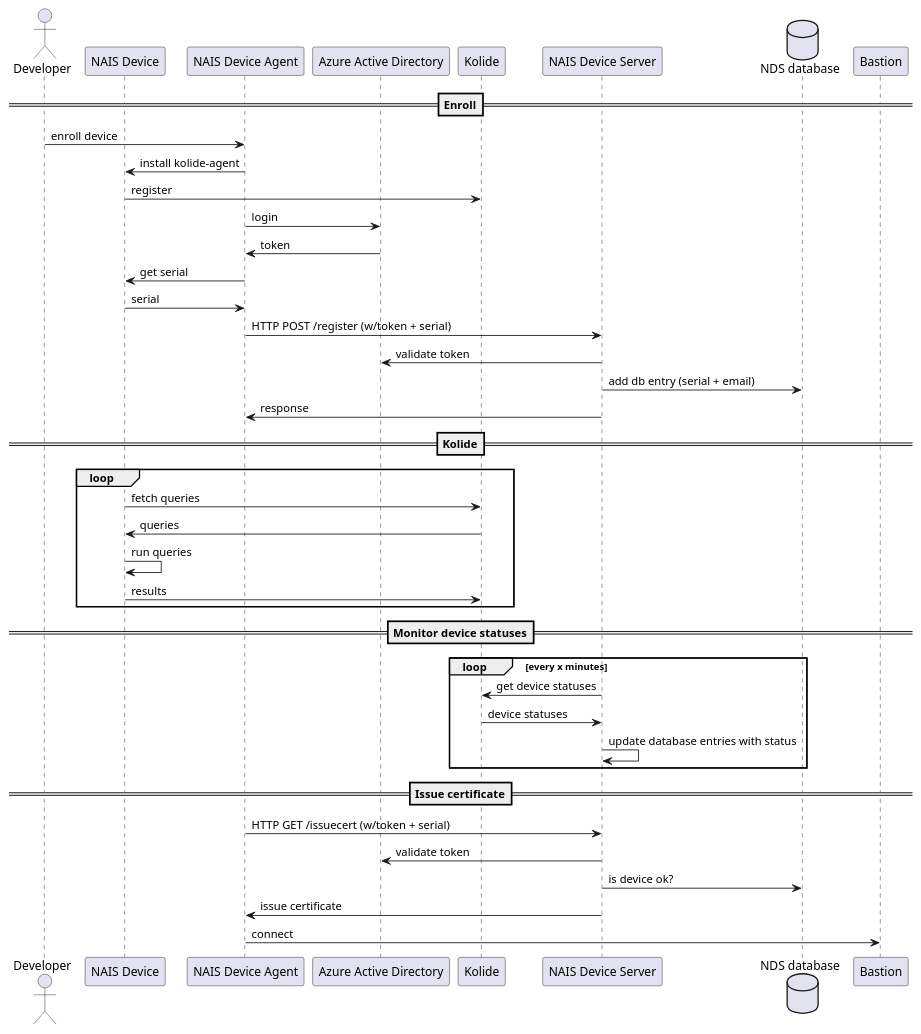
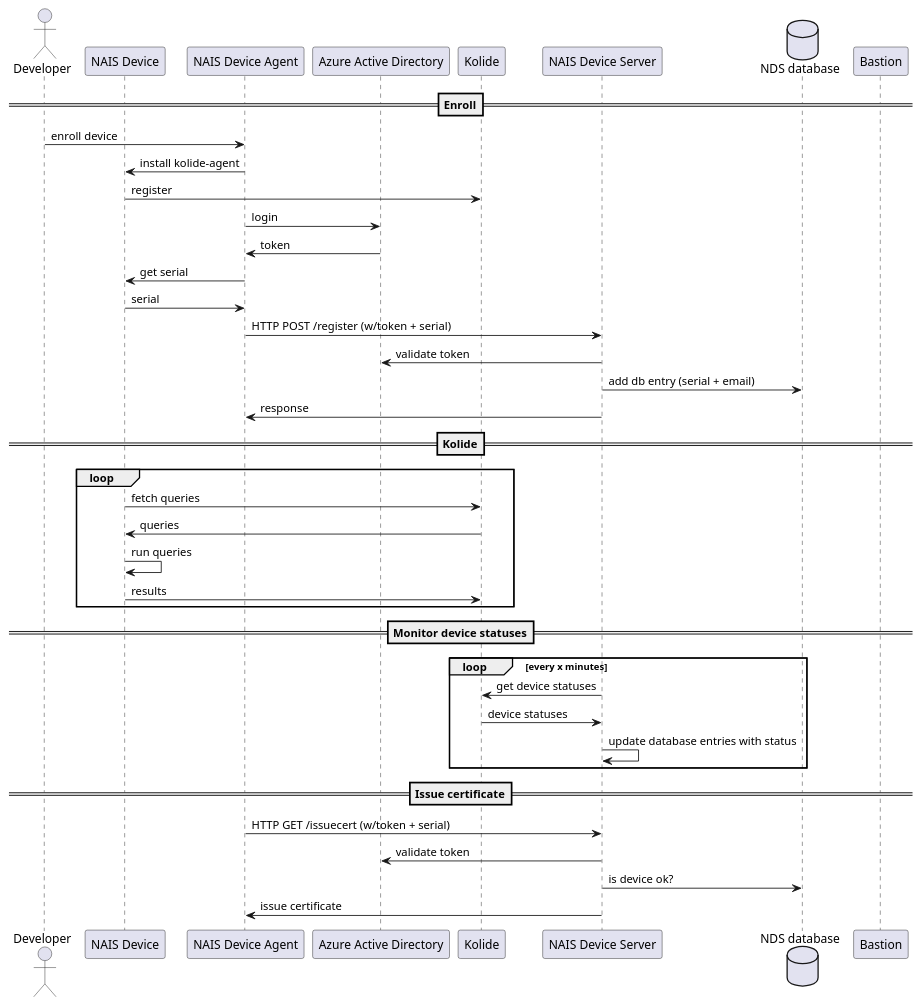
The diagram in nais-device.puml (nais/device), drawn with PlantUML before and after one commit. The commit also changed 1 other file, not shown here.

Commit message:
add device-flow script

```diff
--- a/nais-device.puml
+++ b/nais-device.puml
@@ -1,47 +1,46 @@
 @startuml component
 
 actor developer as "Developer"
 participant device as "NAIS Device"
 participant nda as "NAIS Device Agent"
 participant aad as "Azure Active Directory"
 participant kolide as "Kolide"
 participant nds as "NAIS Device Server"
 database ndsdb as "NDS database"
 participant bastion as "Bastion"
 
 ==Enroll==
 developer -> nda: enroll device
 nda -> device: install kolide-agent
 device -> kolide: register
 nda -> aad: login
 aad -> nda: token
 nda -> device: get serial
 device -> nda: serial
 nda -> nds: HTTP POST /register (w/token + serial)
 nds -> aad: validate token
 nds -> ndsdb: add db entry (serial + email)
 nds -> nda: response
 
 ==Kolide==
 loop
     device -> kolide: fetch queries
     kolide -> device: queries
     device -> device: run queries
     device -> kolide: results
 end
 
 ==Monitor device statuses==
 loop every x minutes
    nds -> kolide: get device statuses
    kolide -> nds: device statuses
    nds -> nds: update database entries with status
 end
 
 ==Issue certificate==
 nda -> nds: HTTP GET /issuecert (w/token + serial)
 nds -> aad: validate token
 nds -> ndsdb: is device ok?
 nds -> nda: issue certificate
-nda -> bastion: connect
 
 @enduml
```
